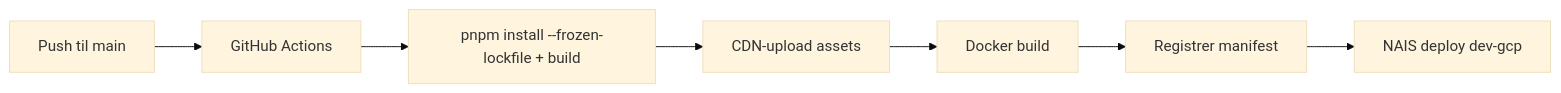
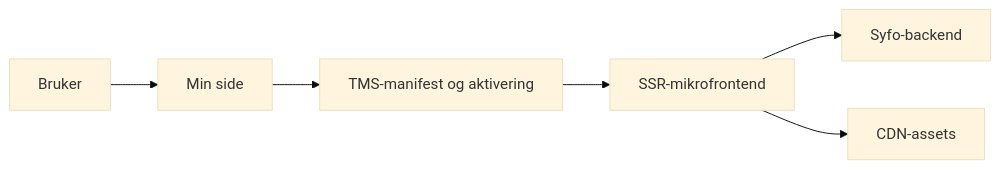
Before and after one commit to navikt/esyfo-microfrontends: the diagram in README.md, drawn with Mermaid (base theme). The commit also changed other lines of this file, not shown here.

````diff
--- a/README.md
+++ b/README.md
@@ -85,9 +28,8 @@
 ```mermaid
 flowchart LR
-  A[Push til main] --> B[GitHub Actions]
-  B --> C[pnpm install --frozen-lockfile + build]
-  C --> D[CDN-upload assets]
-  D --> E[Docker build]
-  E --> F[Registrer manifest]
-  F --> G[NAIS deploy dev-gcp]
+  U[Bruker] --> M[Min side]
+  M --> T[TMS-manifest og aktivering]
+  T --> D[SSR-mikrofrontend]
+  D --> B[Syfo-backend]
+  D --> C[CDN-assets]
 ```
````
